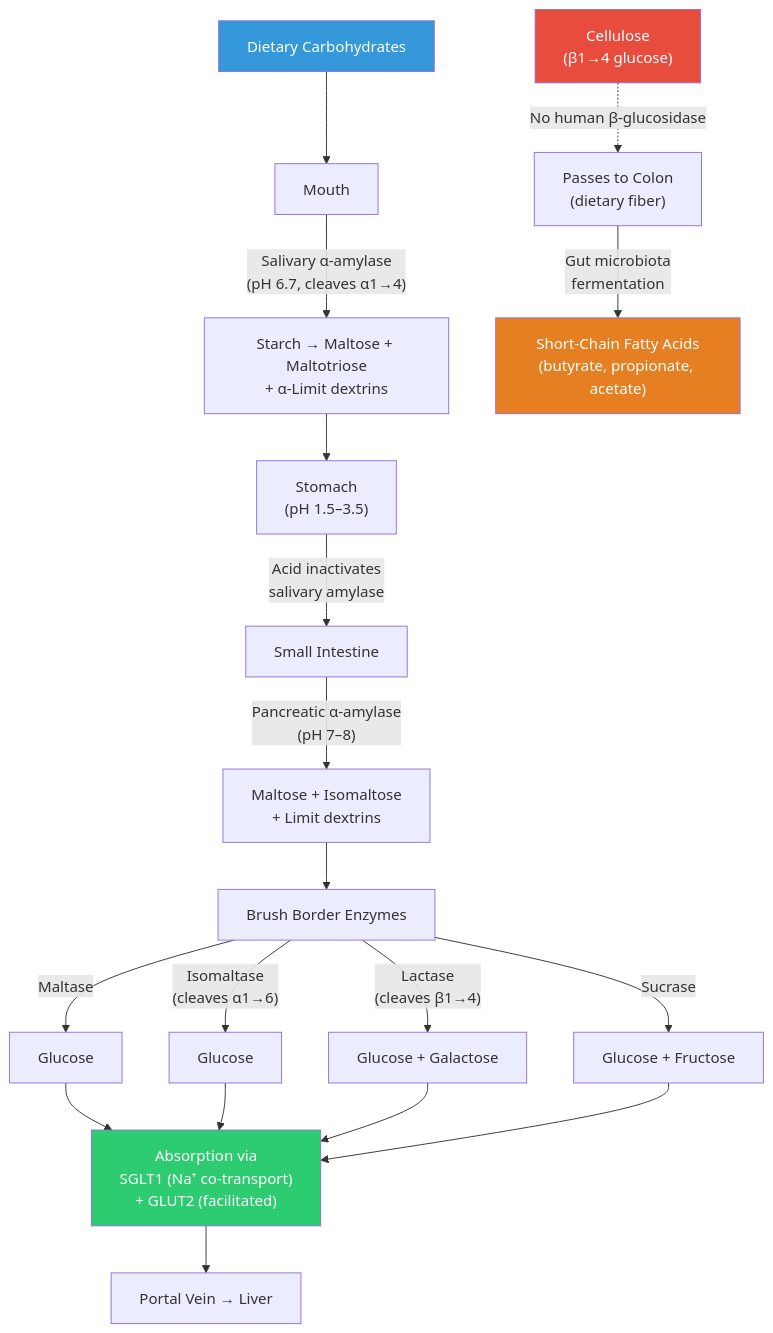
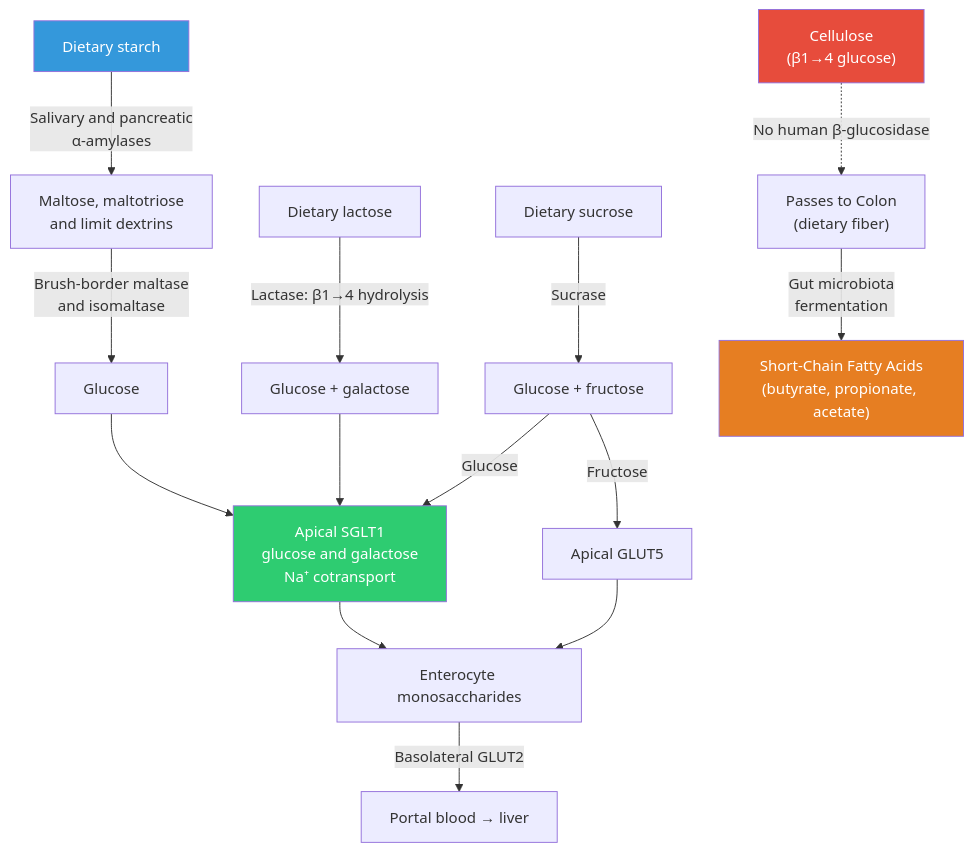
One commit to docxology/biology_textbook changed the second of 5 diagrams in docs/manuscript/unit_I/macromolecules.md. Above: the diagram before and after it, drawn with Mermaid. The commit also changed other lines of this file and 444 other files, not shown here.

````diff
--- a/docs/manuscript/unit_I/macromolecules.md
+++ b/docs/manuscript/unit_I/macromolecules.md
@@ -243,26 +246,22 @@
 ```mermaid
 flowchart TD
-    FOOD["Dietary Carbohydrates"] --> MOUTH["Mouth"]
-    MOUTH -->|"Salivary α-amylase<br/>(pH 6.7, cleaves α1→4)"| MOUTH_P["Starch → Maltose + Maltotriose<br/>+ α-Limit dextrins"]
-    MOUTH_P --> STOMACH["Stomach<br/>(pH 1.5–3.5)"]
-    STOMACH -->|"Acid inactivates<br/>salivary amylase"| SI["Small Intestine"]
-    SI -->|"Pancreatic α-amylase<br/>(pH 7–8)"| SI_P["Maltose + Isomaltose<br/>+ Limit dextrins"]
-    SI_P --> BRUSH["Brush Border Enzymes"]
-    BRUSH -->|"Maltase"| GLU1["Glucose"]
-    BRUSH -->|"Isomaltase<br/>(cleaves α1→6)"| GLU2["Glucose"]
-    BRUSH -->|"Lactase<br/>(cleaves β1→4)"| GLU3["Glucose + Galactose"]
-    BRUSH -->|"Sucrase"| GLU4["Glucose + Fructose"]
-    GLU1 --> ABS["Absorption via<br/>SGLT1 (Na⁺ co-transport)<br/>+ GLUT2 (facilitated)"]
-    GLU2 --> ABS
+    FOOD["Dietary starch"] -->|"Salivary and pancreatic<br/>α-amylases"| SI_P["Maltose, maltotriose<br/>and limit dextrins"]
+    SI_P -->|"Brush-border maltase<br/>and isomaltase"| GLU1["Glucose"]
+    LAC["Dietary lactose"] -->|"Lactase: β1→4 hydrolysis"| GLU3["Glucose + galactose"]
+    SUC["Dietary sucrose"] -->|"Sucrase"| GLU4["Glucose + fructose"]
+    GLU1 --> ABS["Apical SGLT1<br/>glucose and galactose<br/>Na⁺ cotransport"]
     GLU3 --> ABS
-    GLU4 --> ABS
-    ABS --> PORTAL["Portal Vein → Liver"]
+    GLU4 -->|"Glucose"| ABS
+    GLU4 -->|"Fructose"| GLUT5["Apical GLUT5"]
+    ABS --> ENTERO["Enterocyte monosaccharides"]
+    GLUT5 --> ENTERO
+    ENTERO -->|"Basolateral GLUT2"| PORTAL["Portal blood → liver"]
 
     CELLULOSE["Cellulose<br/>(β1→4 glucose)"] -.->|"No human β-glucosidase"| COLON["Passes to Colon<br/>(dietary fiber)"]
     COLON -->|"Gut microbiota<br/>fermentation"| SCFA["Short-Chain Fatty Acids<br/>(butyrate, propionate, acetate)"]
 
     style FOOD fill:#3498db,color:#fff
     style ABS fill:#2ecc71,color:#fff
     style CELLULOSE fill:#e74c3c,color:#fff
     style SCFA fill:#e67e22,color:#fff
 ```
````
